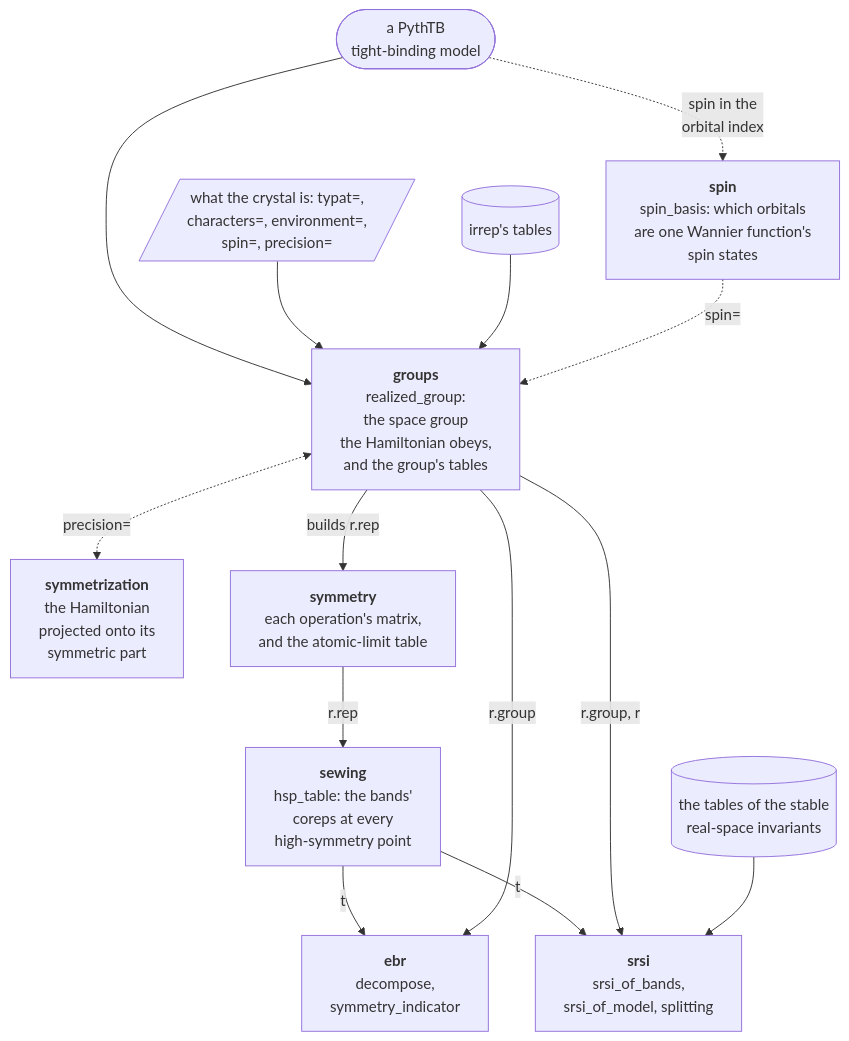
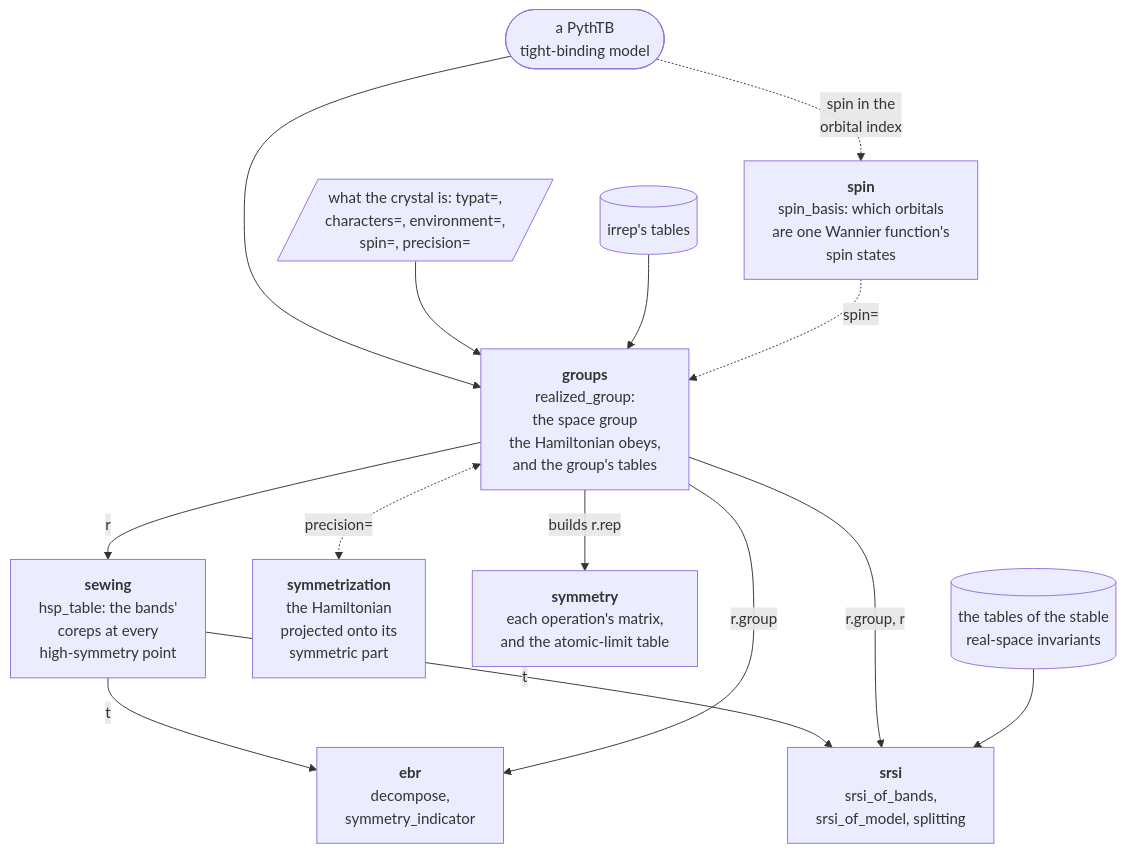
One commit to bbradlyn/pythtqc changed the first of 8 diagrams in docs/background/modules.md. Above: the diagram before and after it, drawn with Mermaid. The commit also changed other lines of this file and 78 other files, not shown here.

````diff
--- a/docs/background/modules.md
+++ b/docs/background/modules.md
@@ -11,28 +11,28 @@
 ```mermaid
 flowchart TD
     model(["a PythTB<br/>tight-binding model"])
     declared[/"what the crystal is: typat=,<br/>characters=, environment=,<br/>spin=, precision="/]
     tables[("irrep's tables")]
     invariants[("the tables of the stable<br/>real-space invariants")]
 
     groups["<b>groups</b><br/>realized_group:<br/>the space group<br/>the Hamiltonian obeys,<br/>and the group's tables"]
     spin["<b>spin</b><br/>spin_basis: which orbitals<br/>are one Wannier function's<br/>spin states"]
     symmetrization["<b>symmetrization</b><br/>the Hamiltonian<br/>projected onto its<br/>symmetric part"]
     symmetry["<b>symmetry</b><br/>each operation's matrix,<br/>and the atomic-limit table"]
     sewing["<b>sewing</b><br/>hsp_table: the bands'<br/>coreps at every<br/>high-symmetry point"]
     ebr["<b>ebr</b><br/>decompose,<br/>symmetry_indicator"]
     srsi["<b>srsi</b><br/>srsi_of_bands,<br/>srsi_of_model, splitting"]
 
     model --> groups
     declared --> groups
     tables --> groups
     model -. "spin in the<br/>orbital index" .-> spin -. "spin=" .-> groups
     groups <-. "precision=" .-> symmetrization
     groups -- "builds r.rep" --> symmetry
-    symmetry -- "r.rep" --> sewing
+    groups -- "r" --> sewing
     sewing -- "t" --> ebr
     sewing -- "t" --> srsi
     groups -- "r.group" --> ebr
     groups -- "r.group, r" --> srsi
     invariants --> srsi
 ```
````
